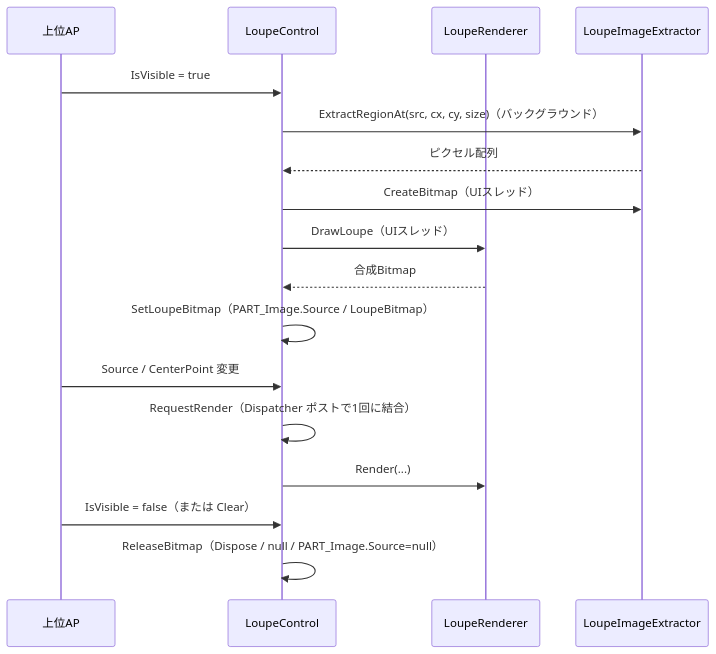
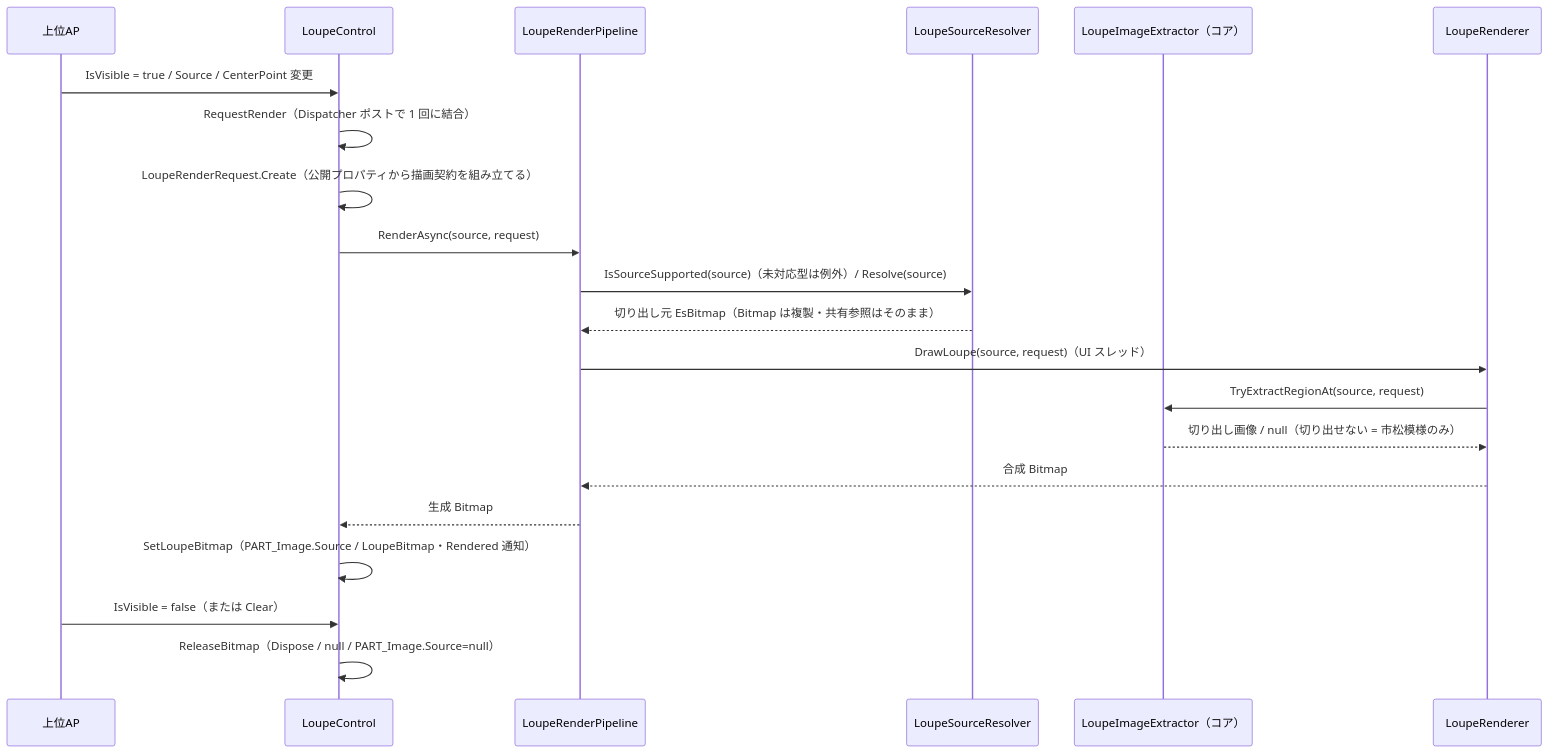
Before and after one commit to tomokuni/SaveEvidence: the second of 2 diagrams in src/LoupeControl.AvaloniaUI/SPEC_System.md, drawn with Mermaid. The commit also changed other lines of this file and 122 other files, not shown here.

````diff
--- a/src/LoupeControl.AvaloniaUI/SPEC_System.md
+++ b/src/LoupeControl.AvaloniaUI/SPEC_System.md
@@ -199,22 +247,25 @@
 ```mermaid
 sequenceDiagram
     participant AP as 上位AP
     participant Ctl as LoupeControl
+    participant Pl as LoupeRenderPipeline
+    participant Sr as LoupeSourceResolver
+    participant Ext as LoupeImageExtractor（コア）
     participant Rdr as LoupeRenderer
-    participant Ext as LoupeImageExtractor
 
-    AP->>Ctl: IsVisible = true
-    Ctl->>Ext: ExtractRegionAt(src, cx, cy, size)（バックグラウンド）
-    Ext-->>Ctl: ピクセル配列
-    Ctl->>Ext: CreateBitmap（UIスレッド）
-    Ctl->>Rdr: DrawLoupe（UIスレッド）
-    Rdr-->>Ctl: 合成Bitmap
-    Ctl->>Ctl: SetLoupeBitmap（PART_Image.Source / LoupeBitmap）
-
-    AP->>Ctl: Source / CenterPoint 変更
-    Ctl->>Ctl: RequestRender（Dispatcher ポストで1回に結合）
-    Ctl->>Rdr: Render(...)
+    AP->>Ctl: IsVisible = true / Source / CenterPoint 変更
+    Ctl->>Ctl: RequestRender（Dispatcher ポストで 1 回に結合）
+    Ctl->>Ctl: LoupeRenderRequest.Create（公開プロパティから描画契約を組み立てる）
+    Ctl->>Pl: RenderAsync(source, request)
+    Pl->>Sr: IsSourceSupported(source)（未対応型は例外）/ Resolve(source)
+    Sr-->>Pl: 切り出し元 EsBitmap（Bitmap は複製・共有参照はそのまま）
+    Pl->>Rdr: DrawLoupe(source, request)（UI スレッド）
+    Rdr->>Ext: TryExtractRegionAt(source, request)
+    Ext-->>Rdr: 切り出し画像 / null（切り出せない = 市松模様のみ）
+    Rdr-->>Pl: 合成 Bitmap
+    Pl-->>Ctl: 生成 Bitmap
+    Ctl->>Ctl: SetLoupeBitmap（PART_Image.Source / LoupeBitmap・Rendered 通知）
 
     AP->>Ctl: IsVisible = false（または Clear）
     Ctl->>Ctl: ReleaseBitmap（Dispose / null / PART_Image.Source=null）
 ```
````
